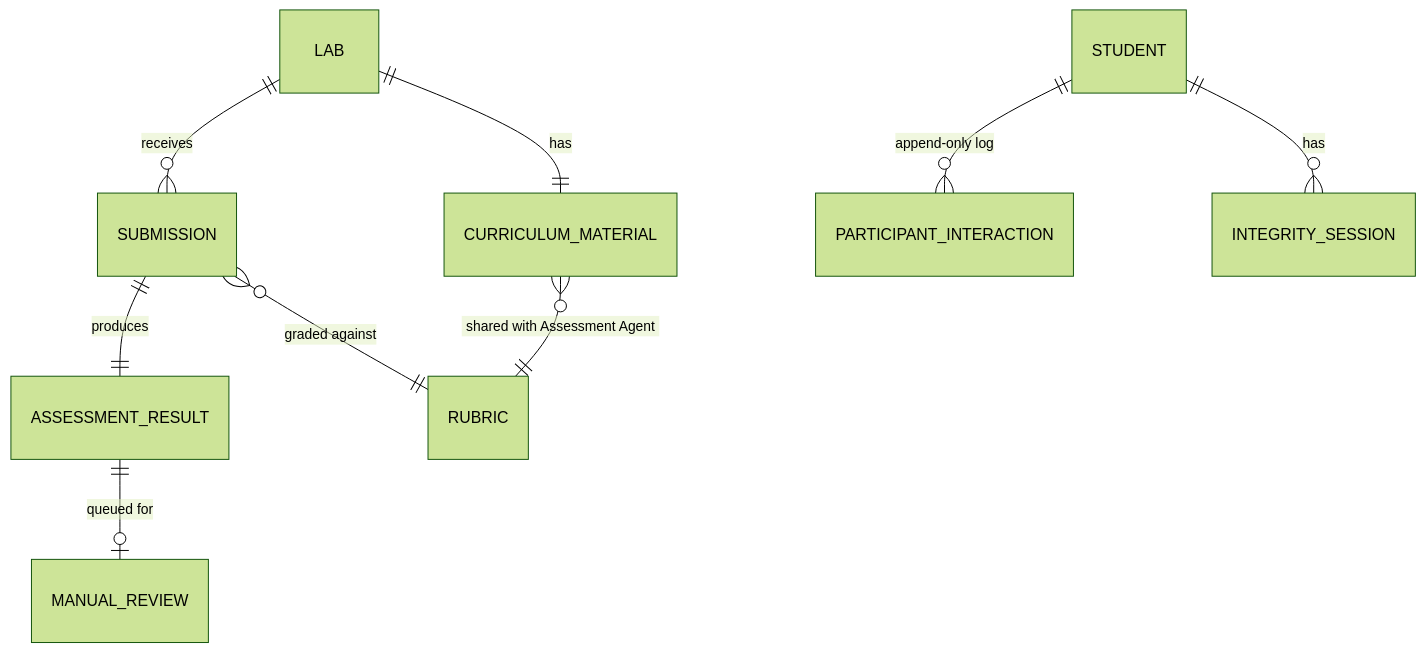
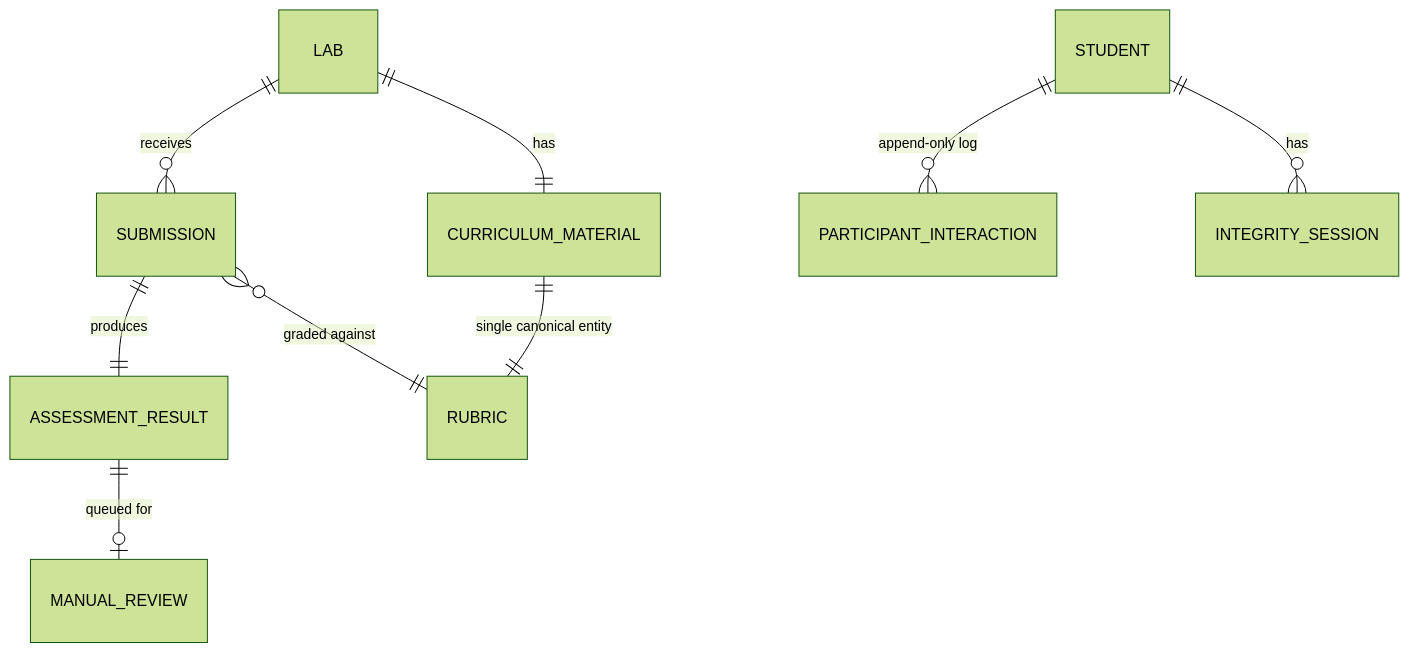
Before and after one commit to jeronperey/Dashboard-for-AIEIC: the sixth of 6 diagrams in current state vs future state.md, drawn with Mermaid (forest theme). The commit also changed other lines of this file, not shown here.

````diff
--- a/current state vs future state.md
+++ b/current state vs future state.md
@@ -165,11 +162,11 @@
 ```mermaid
 erDiagram
   LAB ||--|| CURRICULUM_MATERIAL : has
   LAB ||--o{ SUBMISSION : receives
   SUBMISSION ||--|| ASSESSMENT_RESULT : produces
   ASSESSMENT_RESULT ||--o| MANUAL_REVIEW : "queued for"
   STUDENT ||--o{ PARTICIPANT_INTERACTION : "append-only log"
   STUDENT ||--o{ INTEGRITY_SESSION : has
-  CURRICULUM_MATERIAL }o--|| RUBRIC : "shared with Assessment Agent"
+  CURRICULUM_MATERIAL ||--|| RUBRIC : "single canonical entity"
   SUBMISSION }o--|| RUBRIC : "graded against"
 ```
````
